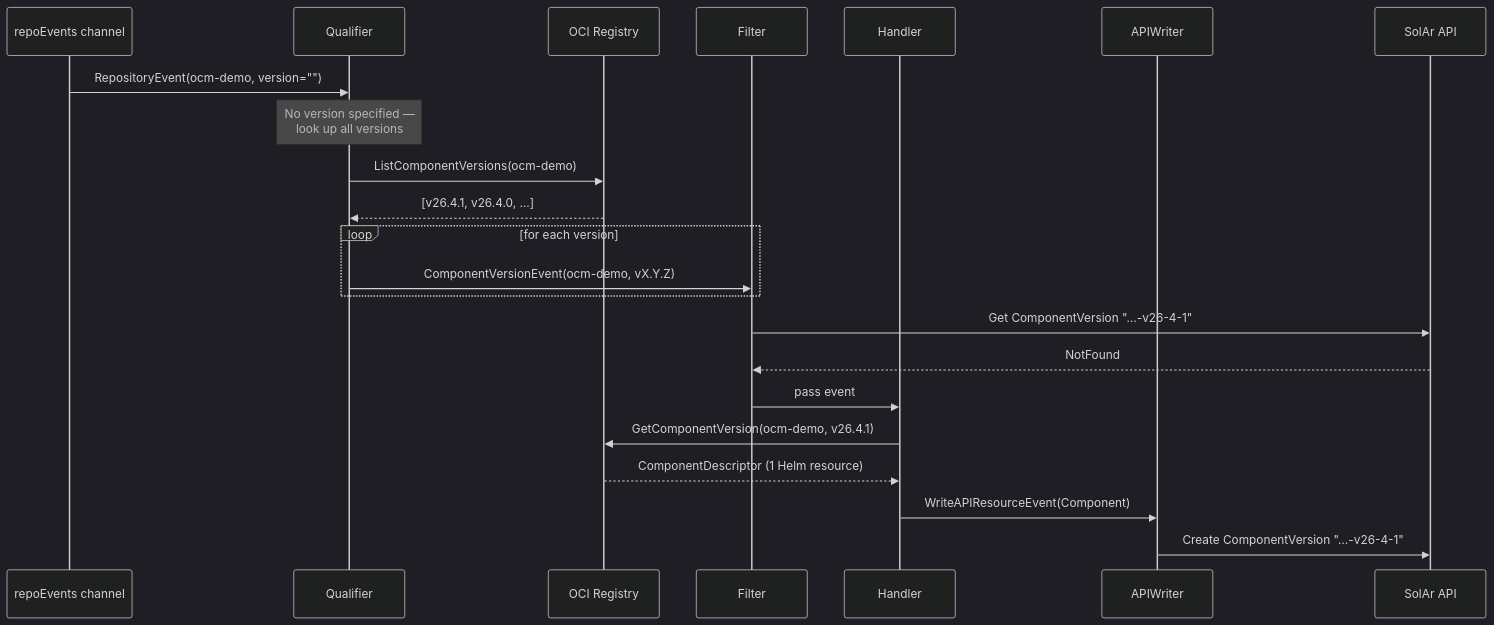
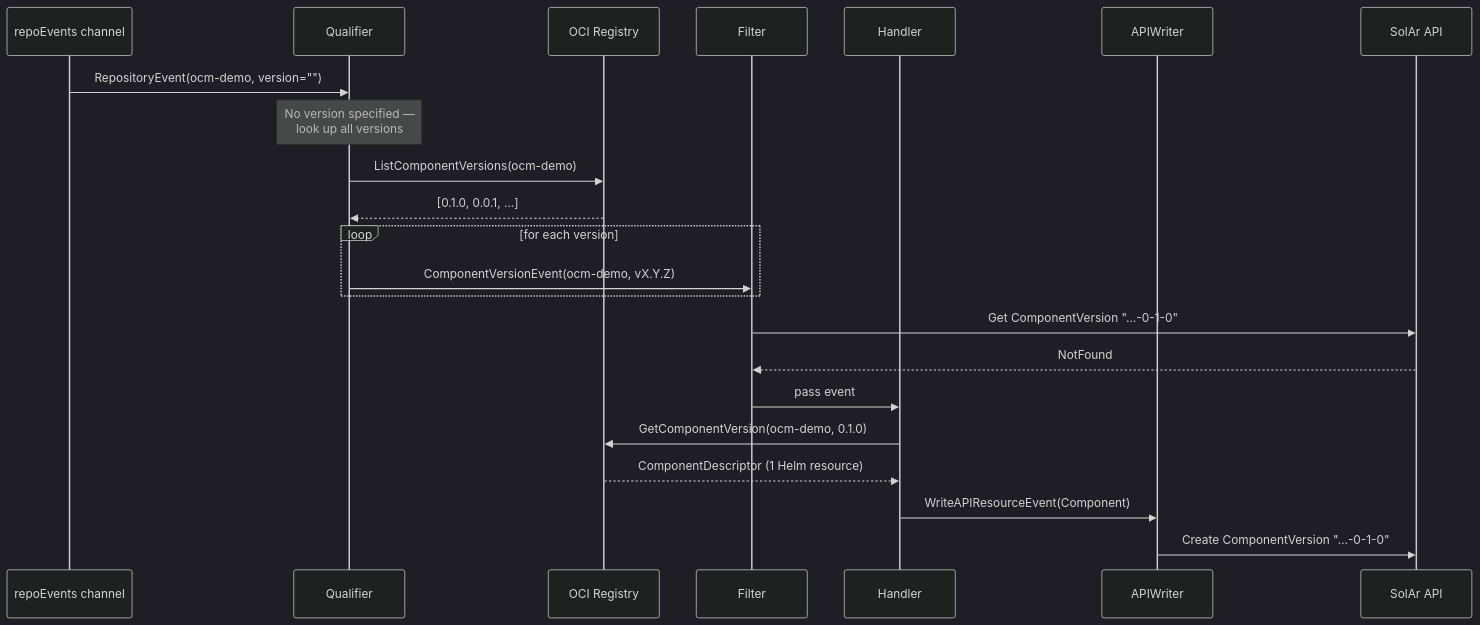
The fifth of 7 diagrams in docs/developer-guide/discovery_pipeline.md (opendefensecloud/solution-arsenal), drawn with Mermaid (dark theme) before and after one commit. The commit also changed other lines of this file and 39 other files, not shown here.

Commit message:
test: pull the ocm-demo component from GHCR instead of building it locally

````diff
--- a/docs/developer-guide/discovery_pipeline.md
+++ b/docs/developer-guide/discovery_pipeline.md
@@ -159,25 +159,25 @@
 ```mermaid
 sequenceDiagram
     participant Chan as repoEvents channel
     participant Qualifier as Qualifier
     participant Reg as OCI Registry
     participant Filter as Filter
     participant Handler as Handler
     participant Writer as APIWriter
     participant K8s as SolAr API
 
     Chan->>Qualifier: RepositoryEvent(ocm-demo, version="")
     Note over Qualifier: No version specified —<br/>look up all versions
     Qualifier->>Reg: ListComponentVersions(ocm-demo)
-    Reg-->>Qualifier: [v26.4.1, v26.4.0, …]
+    Reg-->>Qualifier: [0.1.0, 0.0.1, …]
     loop for each version
         Qualifier->>Filter: ComponentVersionEvent(ocm-demo, vX.Y.Z)
     end
-    Filter->>K8s: Get ComponentVersion "…-v26-4-1"
+    Filter->>K8s: Get ComponentVersion "…-0-1-0"
     K8s-->>Filter: NotFound
     Filter->>Handler: pass event
-    Handler->>Reg: GetComponentVersion(ocm-demo, v26.4.1)
+    Handler->>Reg: GetComponentVersion(ocm-demo, 0.1.0)
     Reg-->>Handler: ComponentDescriptor (1 Helm resource)
     Handler->>Writer: WriteAPIResourceEvent(Component)
-    Writer->>K8s: Create ComponentVersion "…-v26-4-1"
+    Writer->>K8s: Create ComponentVersion "…-0-1-0"
 ```
````
